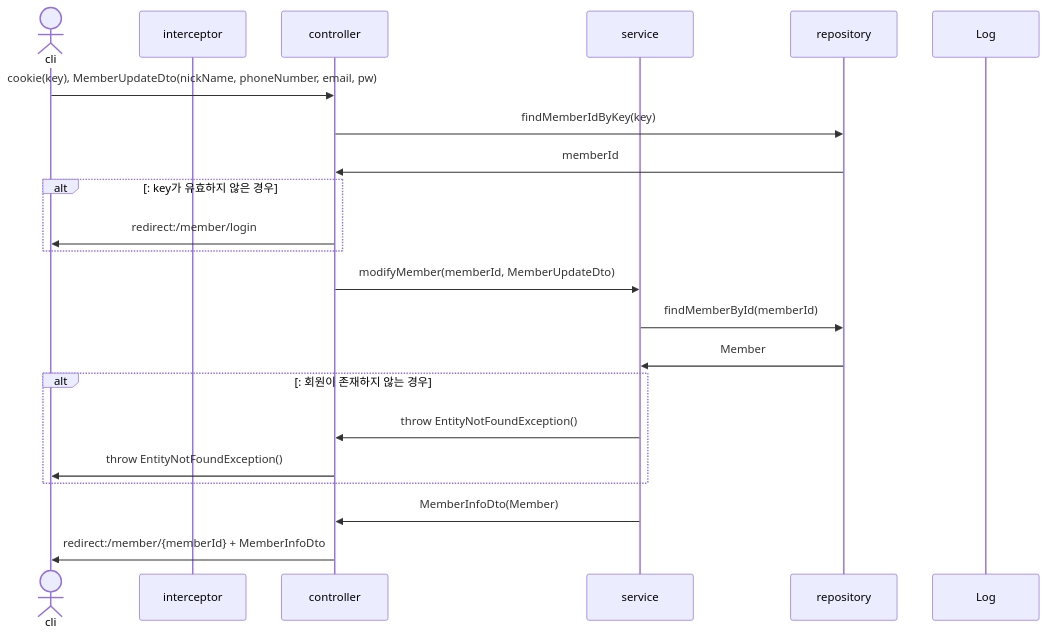
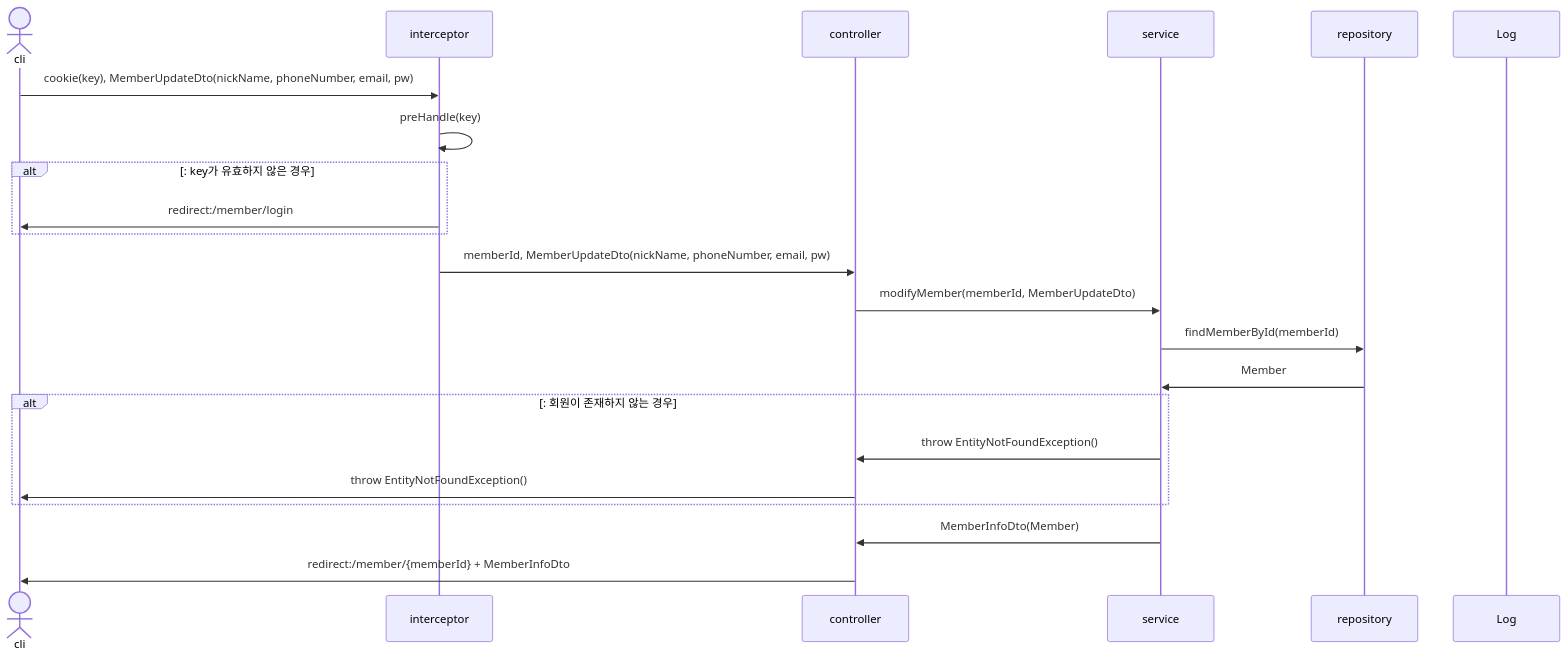
The tenth of 30 diagrams in sequence.md (mtak0235/snsX), drawn with Mermaid before and after one commit. The commit also changed other lines of this file, not shown here.

````diff
--- a/sequence.md
+++ b/sequence.md
@@ -251,25 +254,25 @@
 ```mermaid
 sequenceDiagram
 actor cli
 participant i as interceptor
 participant c as controller
 participant s as service
 participant r as repository
 participant l as Log
 
-cli->>c: cookie(key), MemberUpdateDto(nickName, phoneNumber, email, pw)
-c->>r: findMemberIdByKey(key)
-r->>c: memberId
+cli->>i: cookie(key), MemberUpdateDto(nickName, phoneNumber, email, pw)
+i->>i: preHandle(key)
 alt: key가 유효하지 않은 경우
-c->>cli: redirect:/member/login
+i->>cli: redirect:/member/login
 end
+i->>c: memberId, MemberUpdateDto(nickName, phoneNumber, email, pw)
 c->>s: modifyMember(memberId, MemberUpdateDto)
 s->>r: findMemberById(memberId)
 r->>s: Member
 alt: 회원이 존재하지 않는 경우
 s->>c: throw EntityNotFoundException()
 c->>cli: throw EntityNotFoundException()
 end
 s->>c: MemberInfoDto(Member)
 c->>cli: redirect:/member/{memberId} + MemberInfoDto
 ```
````
